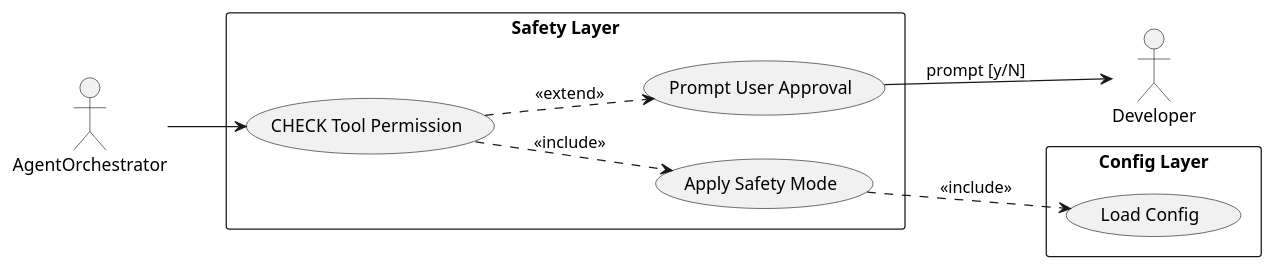
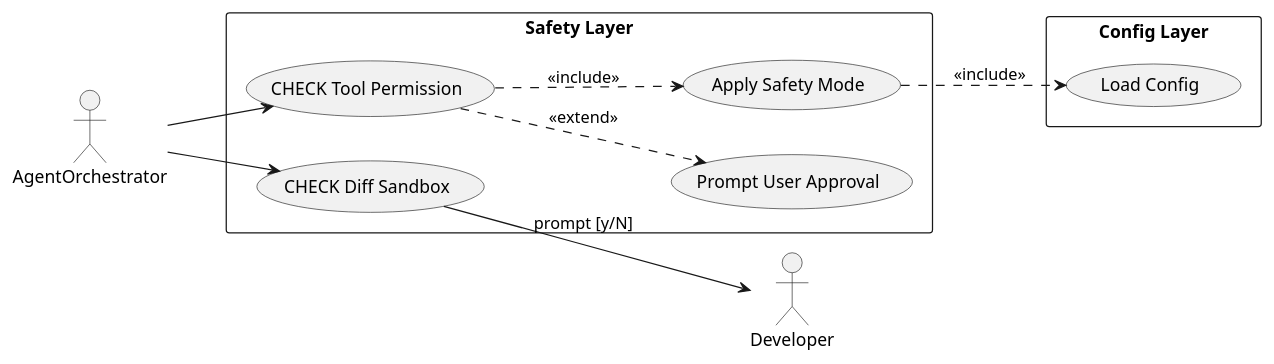
Before and after one commit to salimnamvar/nasim: the diagram in docs/UC/uc_safety.puml, drawn with PlantUML. The commit also changed 52 other files, not shown here.

First line of the commit message:
docs: Add new use cases and diagrams for evaluation, repo intelligence, and wire log management

```diff
--- a/docs/UC/uc_safety.puml
+++ b/docs/UC/uc_safety.puml
@@ -1,34 +1,36 @@
 @startuml uc_safety
 ' ============================================================
 ' Title:     nasim — UC: Safety and Permissions
 ' Boundary:  nasim code agent CLI
 ' Purpose:   Tool permission checks and user approval prompts
 ' Milestone: v1.0
 ' Version:   2.0.0
 ' Source:    docs/audit/audit_2026-06-20_capability-and-architecture.md
 ' Review:    —
 ' ============================================================
 
 left to right direction
 skinparam packageStyle rectangle
 
 actor "Developer" as user
 actor "AgentOrchestrator" as agent
 
 rectangle "Safety Layer" {
     usecase "CHECK Tool Permission" as UC_SAF_01
     usecase "Prompt User Approval" as UC_SAF_02
     usecase "Apply Safety Mode" as UC_SAF_03
+    usecase "CHECK Diff Sandbox" as UC_SAF_04
 }
 
 rectangle "Config Layer" {
     usecase "Load Config" as UC_CFG_01
 }
 
 agent --> UC_SAF_01
+agent --> UC_SAF_04
 UC_SAF_01 ..> UC_SAF_03 : <<include>>
 UC_SAF_01 ..> UC_SAF_02 : <<extend>>
 UC_SAF_03 ..> UC_CFG_01 : <<include>>
-UC_SAF_02 --> user : prompt [y/N]
+UC_SAF_04 --> user : prompt [y/N]
 
 @enduml
```
